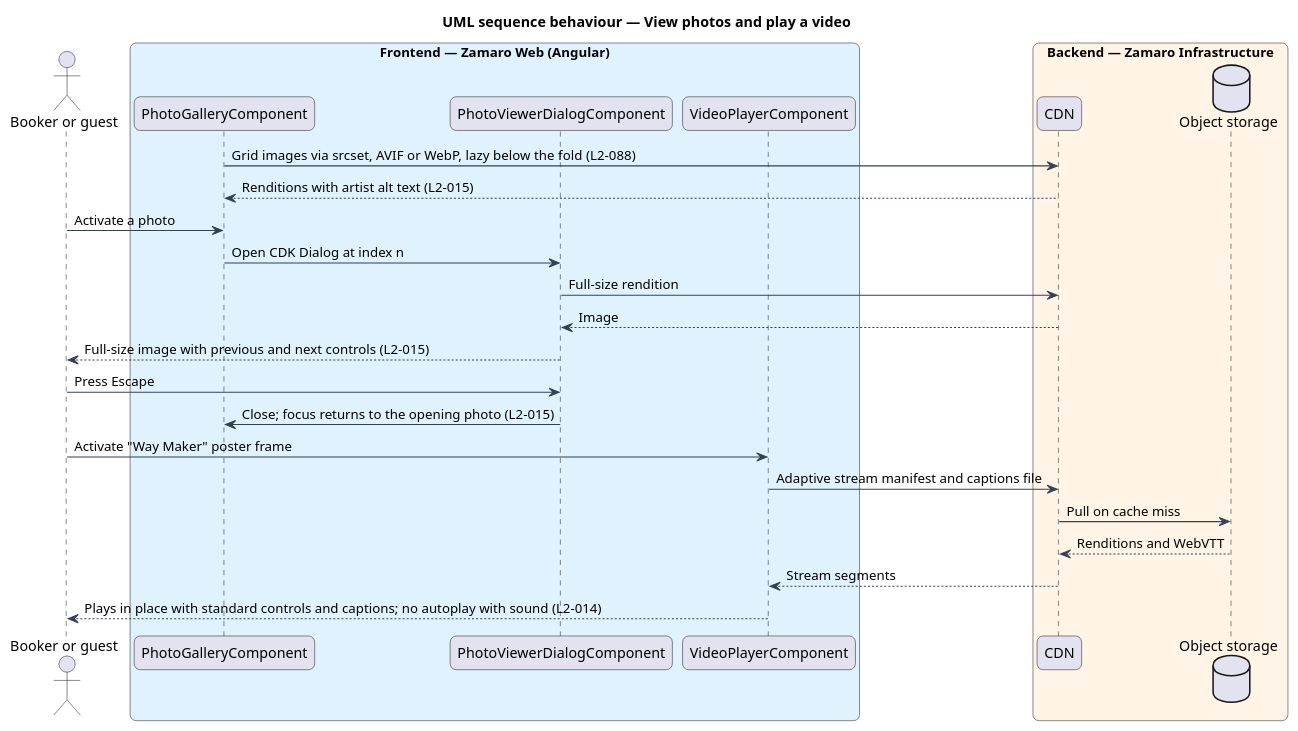
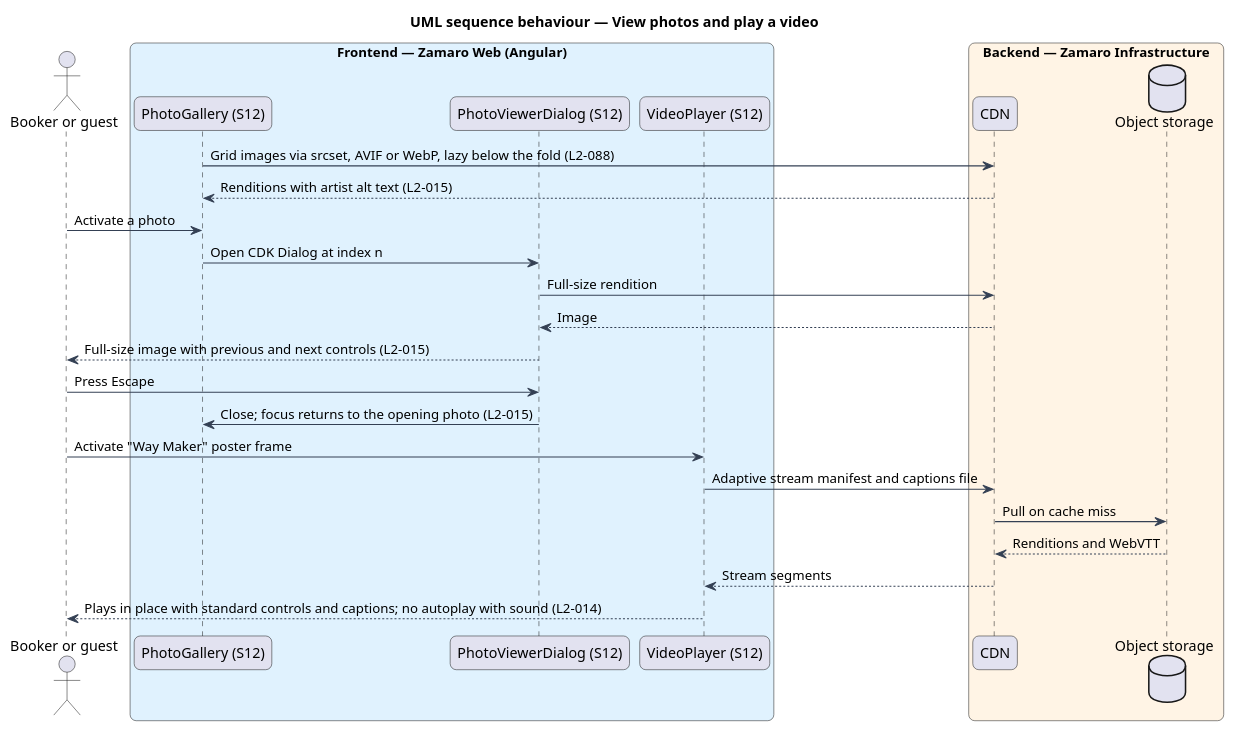
One commit to QuinntyneBrown/zamaro changed the diagram in docs/detailed-designs/artist-profiles/view-artist-profile/diagrams/sequence-view-media.puml. Above: the diagram before and after it, drawn with PlantUML. The commit also changed 106 other files, not shown here.

```diff
--- a/docs/detailed-designs/artist-profiles/view-artist-profile/diagrams/sequence-view-media.puml
+++ b/docs/detailed-designs/artist-profiles/view-artist-profile/diagrams/sequence-view-media.puml
@@ -1,43 +1,43 @@
 @startuml
 title UML sequence behaviour — View photos and play a video
 skinparam backgroundColor #FFFFFF
 skinparam shadowing false
 skinparam roundcorner 12
 skinparam defaultFontName Arial
 skinparam ArrowColor #344054
 skinparam rectangle {
   BorderColor #344054
   FontColor #101828
 }
 skinparam package {
   BorderColor #667085
   FontColor #101828
   BackgroundColor #F9FAFB
 }
 actor "Booker or guest" as actor
 box "Frontend — Zamaro Web (Angular)" #E0F2FE
-  participant "PhotoGalleryComponent" as gallery
-  participant "PhotoViewerDialogComponent" as viewer
-  participant "VideoPlayerComponent" as player
+  participant "PhotoGallery (S12)" as gallery
+  participant "PhotoViewerDialog (S12)" as viewer
+  participant "VideoPlayer (S12)" as player
 end box
 box "Backend — Zamaro Infrastructure" #FFF4E5
   participant "CDN" as cdn
   database "Object storage" as storage
 end box
 
 gallery -> cdn : Grid images via srcset, AVIF or WebP, lazy below the fold (L2-088)
 cdn --> gallery : Renditions with artist alt text (L2-015)
 actor -> gallery : Activate a photo
 gallery -> viewer : Open CDK Dialog at index n
 viewer -> cdn : Full-size rendition
 cdn --> viewer : Image
 viewer --> actor : Full-size image with previous and next controls (L2-015)
 actor -> viewer : Press Escape
 viewer -> gallery : Close; focus returns to the opening photo (L2-015)
 actor -> player : Activate "Way Maker" poster frame
 player -> cdn : Adaptive stream manifest and captions file
 cdn -> storage : Pull on cache miss
 storage --> cdn : Renditions and WebVTT
 cdn --> player : Stream segments
 player --> actor : Plays in place with standard controls and captions; no autoplay with sound (L2-014)
 @enduml
```
